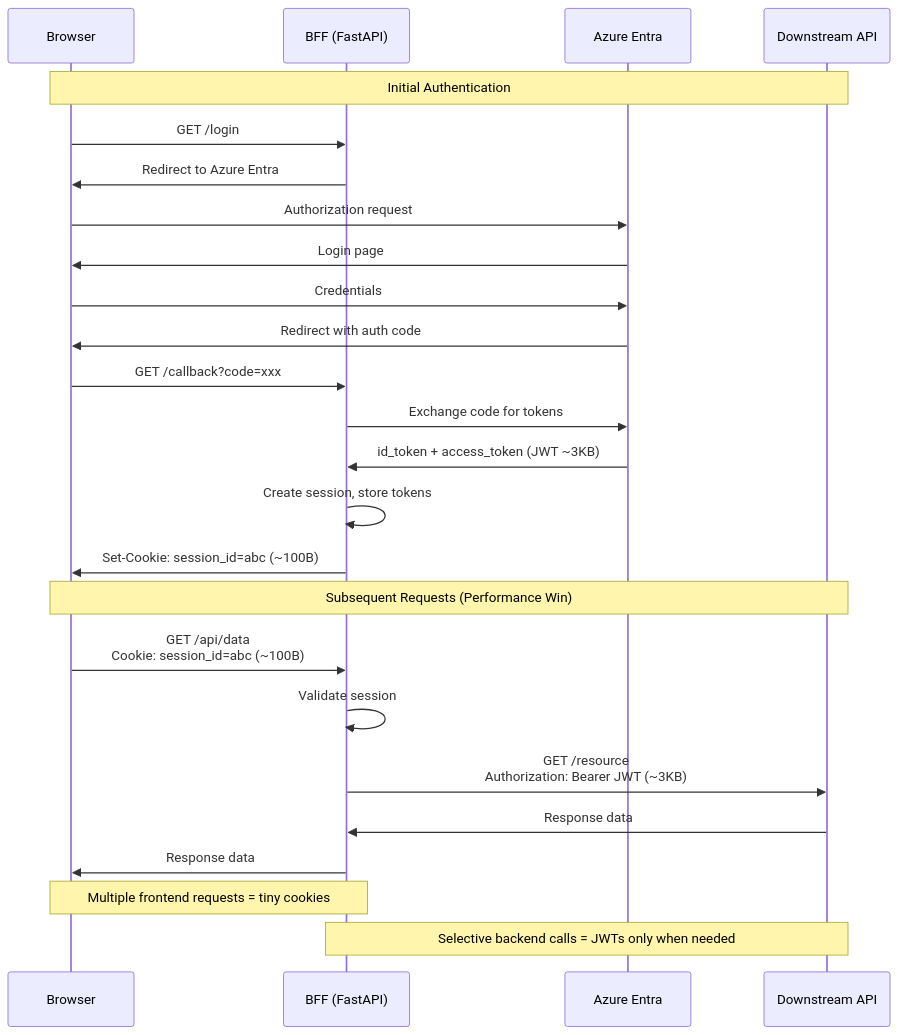
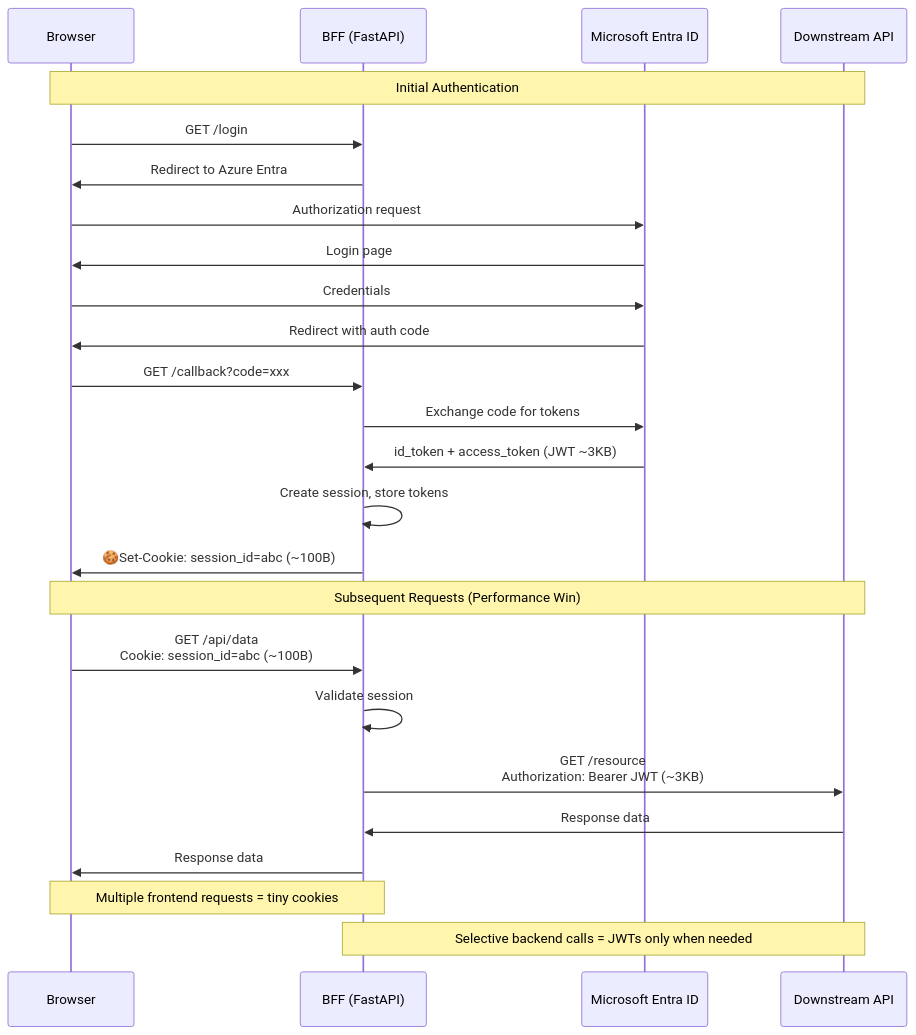
One commit to copdips/copdips.github.io changed the third of 6 diagrams in docs/posts/2025/2025-11-18-oidc-openid-connect.md. Above: the diagram before and after it, drawn with Mermaid. The commit also changed other lines of this file, not shown here.

Commit message:
OIDC OpenID Connect / refine sso flow

````diff
--- a/docs/posts/2025/2025-11-18-oidc-openid-connect.md
+++ b/docs/posts/2025/2025-11-18-oidc-openid-connect.md
@@ -371,30 +351,30 @@
     ```mermaid
     sequenceDiagram
         participant Browser
         participant BFF as BFF (FastAPI)
-        participant IdP as Azure Entra
+        participant IdP as Microsoft Entra ID
         participant API as Downstream API
 
         Note over Browser,API: Initial Authentication
         Browser->>BFF: GET /login
         BFF->>Browser: Redirect to Azure Entra
         Browser->>IdP: Authorization request
         IdP->>Browser: Login page
         Browser->>IdP: Credentials
         IdP->>Browser: Redirect with auth code
         Browser->>BFF: GET /callback?code=xxx
         BFF->>IdP: Exchange code for tokens
         IdP->>BFF: id_token + access_token (JWT ~3KB)
         BFF->>BFF: Create session, store tokens
-        BFF->>Browser: Set-Cookie: session_id=abc (~100B)
+        BFF->>Browser: 🍪Set-Cookie: session_id=abc (~100B)
 
         Note over Browser,API: Subsequent Requests (Performance Win)
         Browser->>BFF: GET /api/data<br/>Cookie: session_id=abc (~100B)
         BFF->>BFF: Validate session
         BFF->>API: GET /resource<br/>Authorization: Bearer JWT (~3KB)
         API->>BFF: Response data
         BFF->>Browser: Response data
 
         Note over Browser,BFF: Multiple frontend requests = tiny cookies
         Note over BFF,API: Selective backend calls = JWTs only when needed
     ```
````
